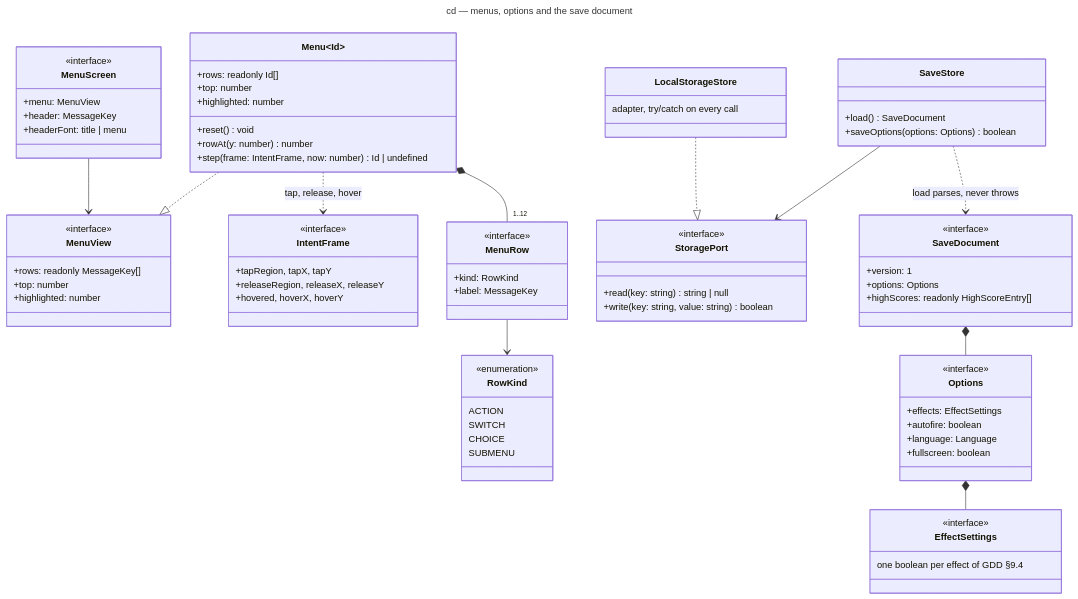
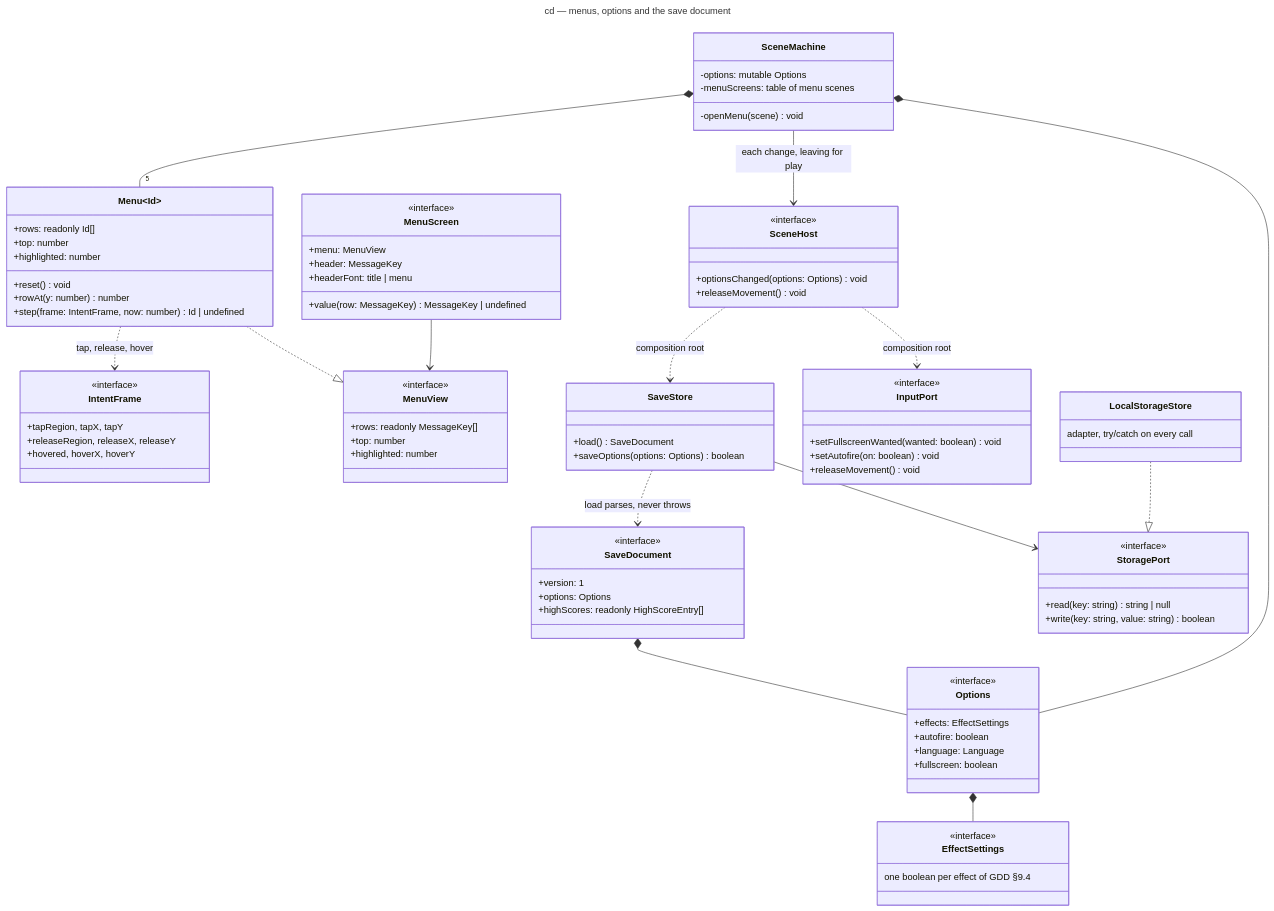
The diagram in docs/architecture/diagrams/meta/04-class-menus.md (benoit-bremaud/retro-shmup), drawn with Mermaid before and after one commit. The commit also changed other lines of this file and 5 other files, not shown here.

First line of the commit message:
docs(design): GDD v0.14 and UML for the options screens (G1a-3) (#60)

````diff
--- a/docs/architecture/diagrams/meta/04-class-menus.md
+++ b/docs/architecture/diagrams/meta/04-class-menus.md
@@ -40,24 +40,29 @@
     +menu: MenuView
     +header: MessageKey
     +headerFont: title | menu
+    +value(row: MessageKey) MessageKey | undefined
+  }
+  class SceneHost {
+    <<interface>>
+    +optionsChanged(options: Options) void
+    +releaseMovement() void
+  }
+  class InputPort {
+    <<interface>>
+    +setFullscreenWanted(wanted: boolean) void
+    +setAutofire(on: boolean) void
+    +releaseMovement() void
+  }
+  class SceneMachine {
+    -options: mutable Options
+    -menuScreens: table of menu scenes
+    -openMenu(scene) void
   }
   class IntentFrame {
     <<interface>>
     +tapRegion, tapX, tapY
     +releaseRegion, releaseX, releaseY
     +hovered, hoverX, hoverY
-  }
-  class MenuRow {
-    <<interface>>
-    +kind: RowKind
-    +label: MessageKey
-  }
-  class RowKind {
-    <<enumeration>>
-    ACTION
-    SWITCH
-    CHOICE
-    SUBMENU
   }
   class Options {
     <<interface>>
@@ -89,8 +94,9 @@
     adapter, try/catch on every call
   }
 
-  Menu *-- "1..12" MenuRow
-  MenuRow --> RowKind
+  SceneMachine *-- "5" Menu
+  SceneMachine --> SceneHost : each change, leaving for play
+  SceneMachine *-- Options
   Menu ..> IntentFrame : tap, release, hover
   Menu ..|> MenuView
   MenuScreen --> MenuView
@@ -99,4 +105,6 @@
   SaveStore ..> SaveDocument : load parses, never throws
   SaveStore --> StoragePort
   LocalStorageStore ..|> StoragePort
+  SceneHost ..> SaveStore : composition root
+  SceneHost ..> InputPort : composition root
 ```
````
